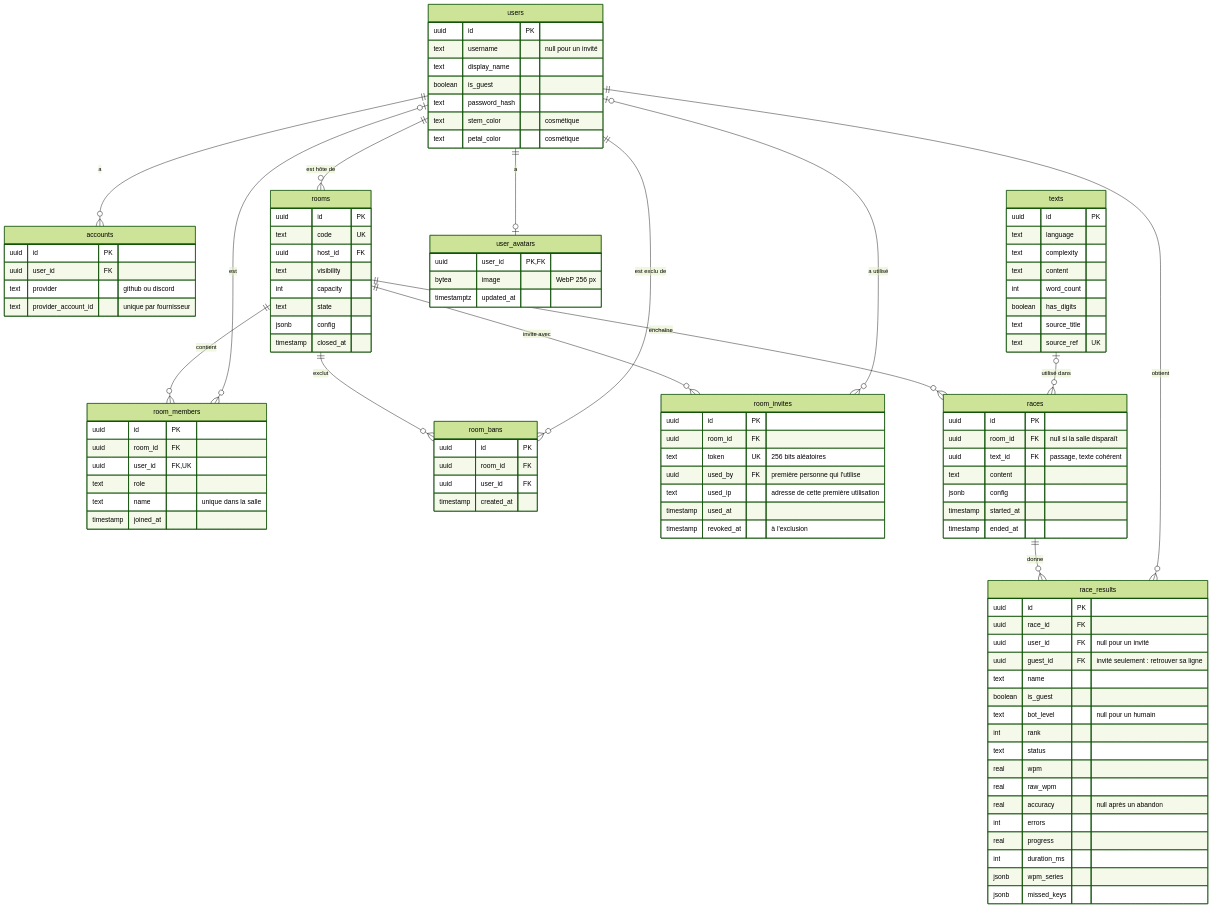
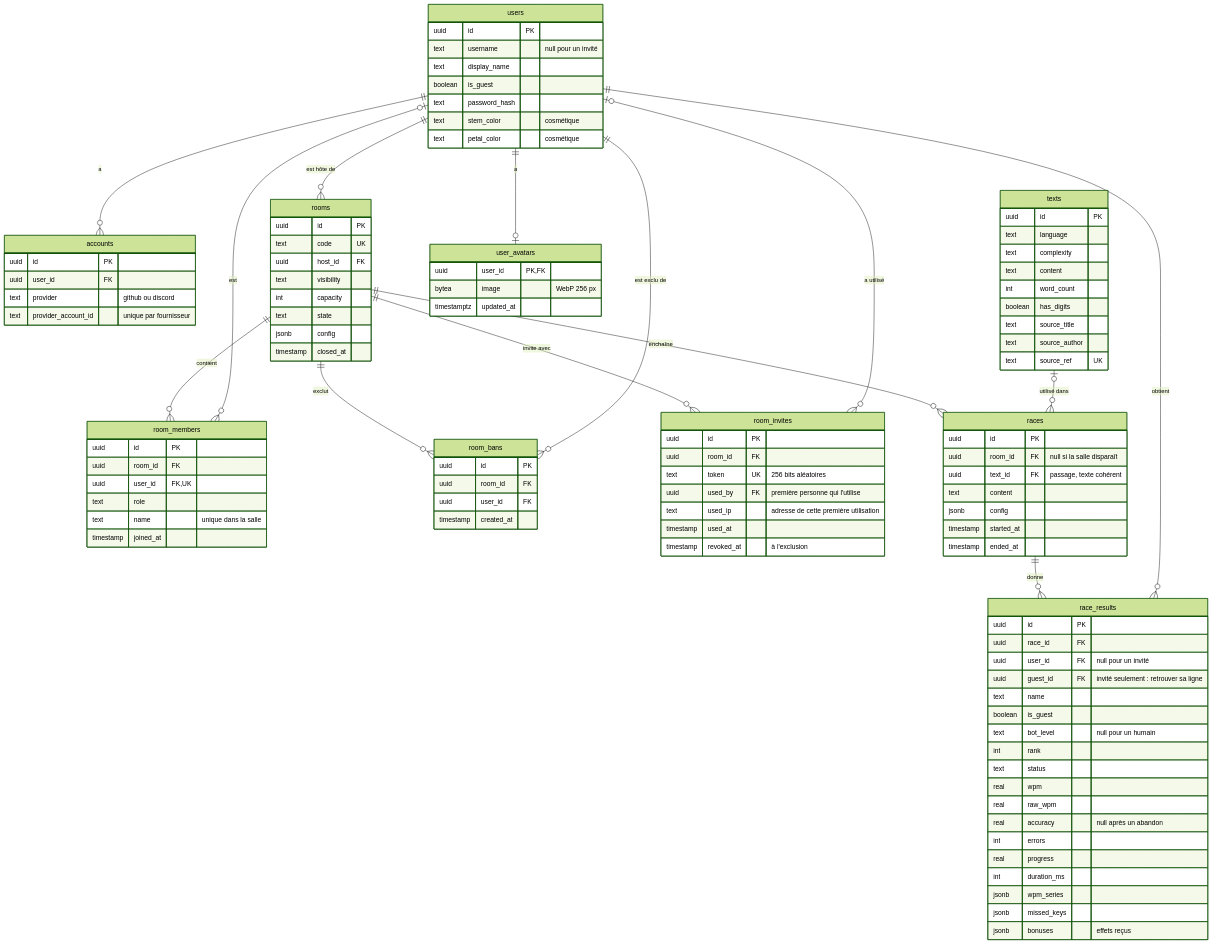
Before and after one commit to Onyyx256/typeracer: the first of 2 diagrams in docs/ARCHITECTURE.md, drawn with Mermaid (forest theme). The commit also changed other lines of this file, not shown here.

First line of the commit message:
docs: bring the data model diagram up to the current schema

````diff
--- a/docs/ARCHITECTURE.md
+++ b/docs/ARCHITECTURE.md
@@ -81,6 +81,7 @@
         int word_count
         boolean has_digits
         text source_title
+        text source_author
         text source_ref UK
     }
     races {
@@ -110,5 +111,6 @@
         int duration_ms
         jsonb wpm_series
         jsonb missed_keys
+        jsonb bonuses "effets reçus"
     }
 ```
````
